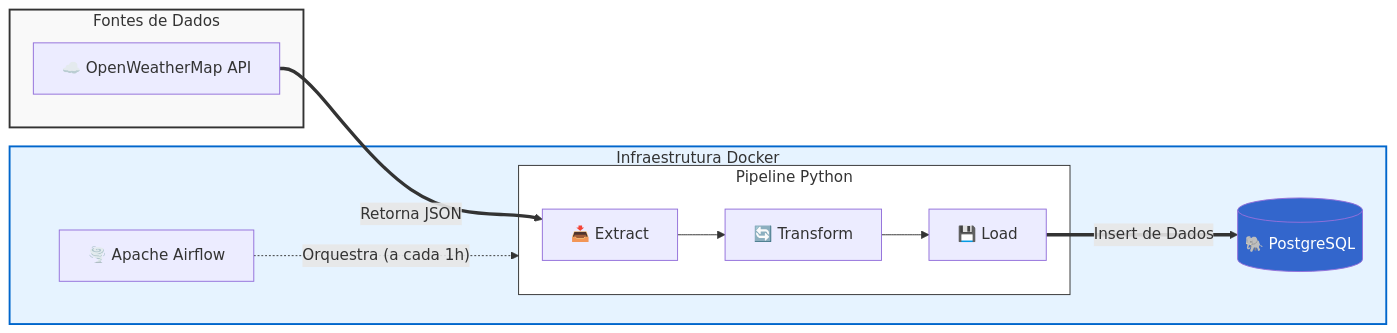
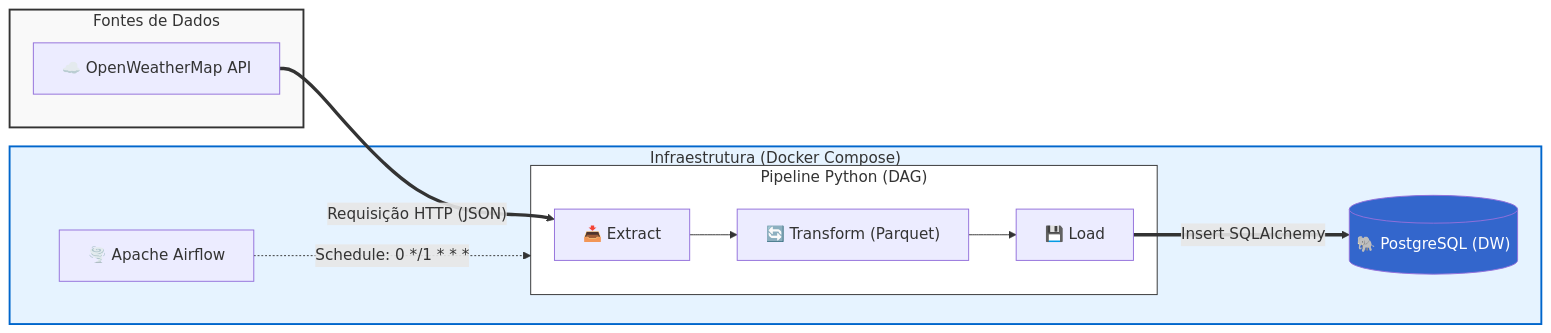
One commit to SidneyAnjos/Pipeline_etl_weather_data changed the diagram in README.md. Above: the diagram before and after it, drawn with Mermaid. The commit also changed other lines of this file, not shown here.

````diff
--- a/README.md
+++ b/README.md
@@ -34,27 +16,27 @@
 ```mermaid
 graph LR
     subgraph Fontes["Fontes de Dados"]
         API["☁️ OpenWeatherMap API"]
     end
 
-    subgraph Infra["Infraestrutura Docker"]
+    subgraph Infra["Infraestrutura (Docker Compose)"]
         AF["🌪️ Apache Airflow"]
         
-        subgraph ETL["Pipeline Python"]
-            EXT["📥 Extract"] --> TRF["🔄 Transform"]
+        subgraph ETL["Pipeline Python (DAG)"]
+            EXT["📥 Extract"] --> TRF["🔄 Transform (Parquet)"]
             TRF --> LD["💾 Load"]
         end
         
-        DB[("🐘 PostgreSQL")]
+        DB[("🐘 PostgreSQL (DW)")]
         
-        AF -.->|"Orquestra (a cada 1h)"| ETL
+        AF -.->|"Schedule: 0 */1 * * *"| ETL
     end
 
-    API ==>|"Retorna JSON"| EXT
-    LD ==>|"Insert de Dados"| DB
+    API ==>|"Requisição HTTP (JSON)"| EXT
+    LD ==>|"Insert SQLAlchemy"| DB
 
     style Fontes fill:#f9f9f9,stroke:#333,stroke-width:2px
     style Infra fill:#e6f3ff,stroke:#0066cc,stroke-width:2px
     style ETL fill:#ffffff,stroke:#333,stroke-width:1px
     style DB fill:#3366cc,color:#fff
 ```
````
